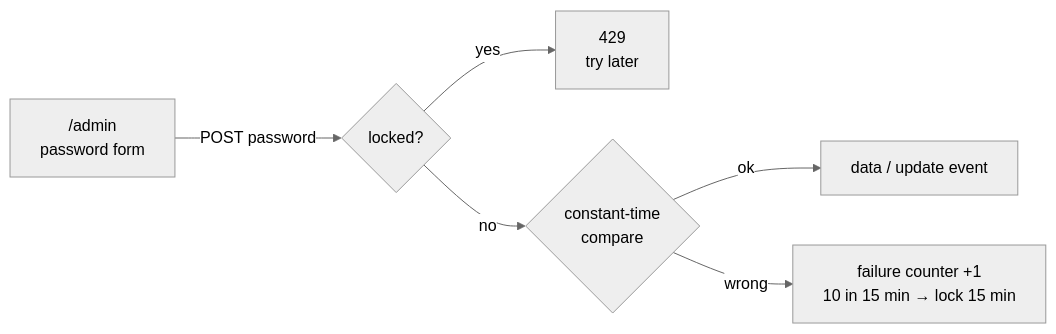
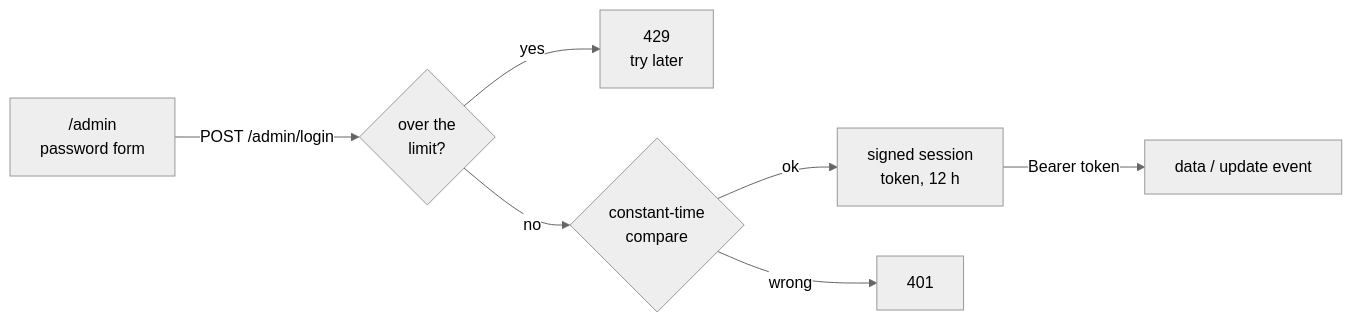
Before and after one commit to Barru23/sopar-jovent-junedenc-tickets: the third of 4 diagrams in README.md, drawn with Mermaid (neutral theme). The commit also changed other lines of this file and 3 other files, not shown here.

First line of the commit message:
Harden admin login, rate-limit checkout and refund oversold payments

````diff
--- a/README.md
+++ b/README.md
@@ -156,8 +156,9 @@
 ```mermaid
 flowchart LR
-    A["/admin<br/>password form"] -- "POST password" --> R{"locked?"}
+    A["/admin<br/>password form"] -- "POST /admin/login" --> R{"over the<br/>limit?"}
     R -- "yes" --> L["429<br/>try later"]
     R -- "no" --> C{"constant-time<br/>compare"}
-    C -- "ok" --> D["data / update event"]
-    C -- "wrong" --> T["failure counter +1<br/>10 in 15 min → lock 15 min"]
+    C -- "ok" --> S["signed session<br/>token, 12 h"]
+    C -- "wrong" --> W["401"]
+    S -- "Bearer token" --> D["data / update event"]
 ```
````
